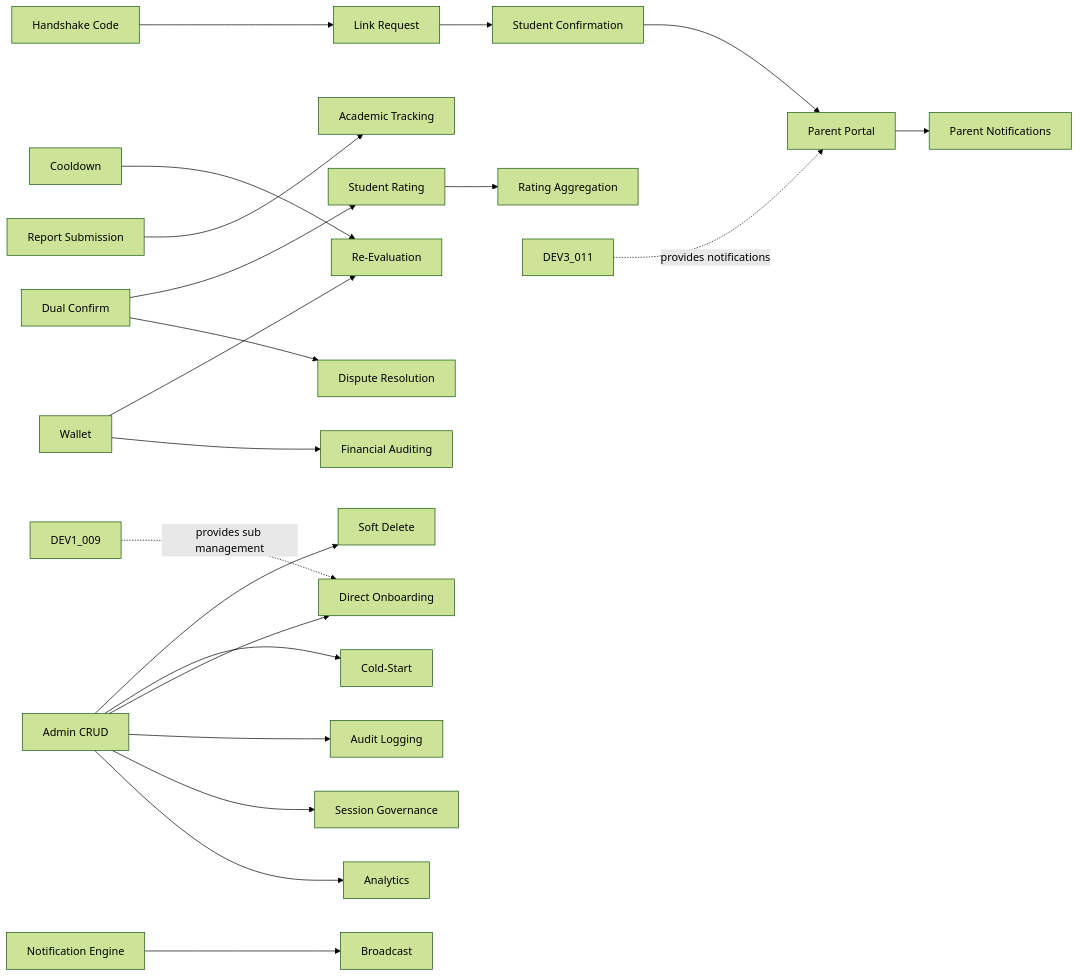
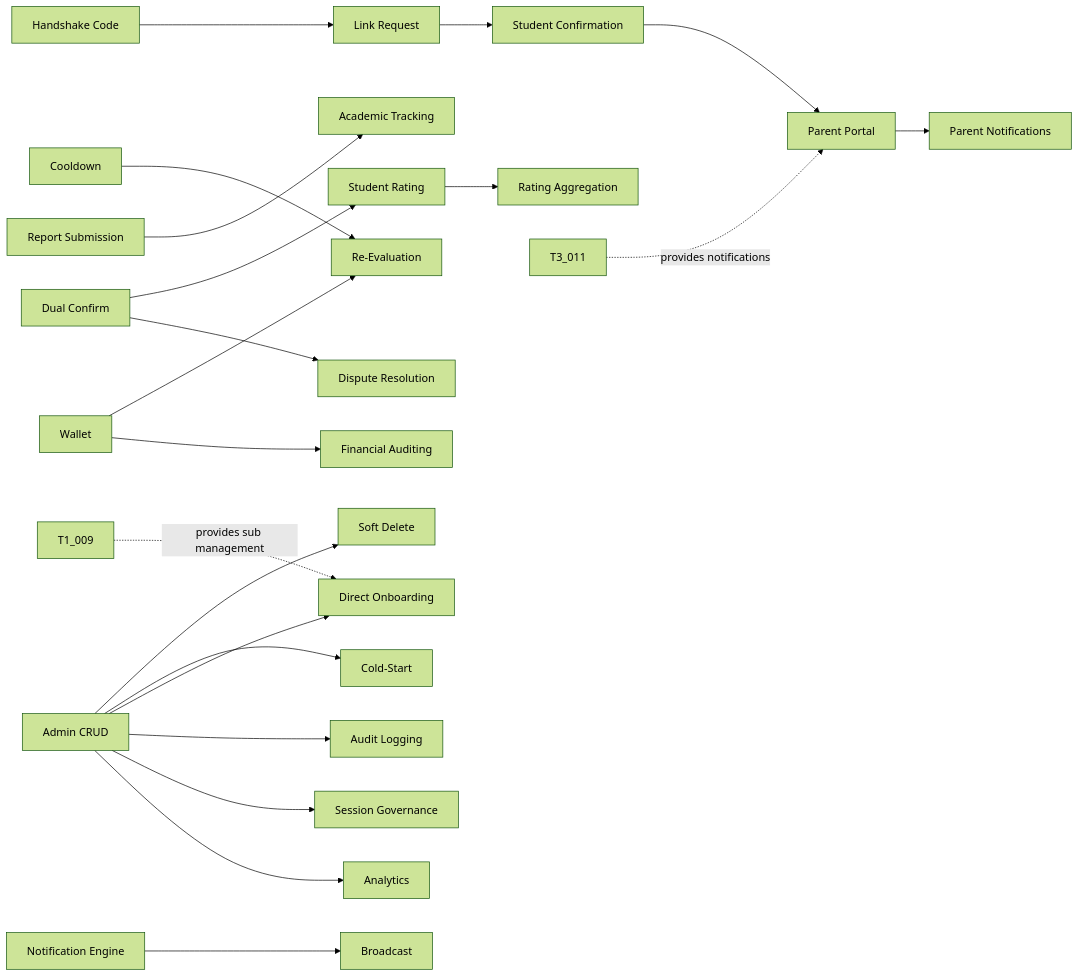
The fourth of 5 diagrams in docs/planning/SPRINT_PLAN.md (kottaby/kottaby), drawn with Mermaid (forest theme) before and after one commit. The commit also changed other lines of this file and 282 other files, not shown here.

````diff
--- a/docs/planning/SPRINT_PLAN.md
+++ b/docs/planning/SPRINT_PLAN.md
@@ -312,26 +312,26 @@
 ```mermaid
 graph LR
-    DEV1_013[Handshake Code] --> DEV1_014[Link Request]
-    DEV1_014 --> DEV1_015[Student Confirmation]
-    DEV1_015 --> DEV1_016[Parent Portal]
-    DEV1_016 --> DEV1_017[Parent Notifications]
+    T1_013[Handshake Code] --> T1_014[Link Request]
+    T1_014 --> T1_015[Student Confirmation]
+    T1_015 --> T1_016[Parent Portal]
+    T1_016 --> T1_017[Parent Notifications]
 
-    DEV3_012[Dual Confirm] --> DEV2_016[Student Rating]
-    DEV2_016 --> DEV2_017[Rating Aggregation]
-    DEV2_008[Cooldown] --> DEV2_018[Re-Evaluation]
-    DEV3_014[Wallet] --> DEV2_018
-    DEV2_014[Report Submission] --> DEV2_019[Academic Tracking]
+    T3_012[Dual Confirm] --> T2_016[Student Rating]
+    T2_016 --> T2_017[Rating Aggregation]
+    T2_008[Cooldown] --> T2_018[Re-Evaluation]
+    T3_014[Wallet] --> T2_018
+    T2_014[Report Submission] --> T2_019[Academic Tracking]
 
-    DEV3_016[Admin CRUD] --> DEV3_017[Soft Delete]
-    DEV3_016 --> DEV3_018[Cold-Start]
-    DEV3_016 --> DEV3_019[Direct Onboarding]
-    DEV3_016 --> DEV3_020[Audit Logging]
-    DEV3_016 --> DEV3_021[Session Governance]
-    DEV3_012 --> DEV3_022[Dispute Resolution]
-    DEV3_014 --> DEV3_022b[Financial Auditing]
-    DEV3_016 --> DEV3_022c[Analytics]
-    DEV3_010[Notification Engine] --> DEV3_022d[Broadcast]
+    T3_016[Admin CRUD] --> T3_017[Soft Delete]
+    T3_016 --> T3_018[Cold-Start]
+    T3_016 --> T3_019[Direct Onboarding]
+    T3_016 --> T3_020[Audit Logging]
+    T3_016 --> T3_021[Session Governance]
+    T3_012 --> T3_022[Dispute Resolution]
+    T3_014 --> T3_022b[Financial Auditing]
+    T3_016 --> T3_022c[Analytics]
+    T3_010[Notification Engine] --> T3_022d[Broadcast]
 
-    DEV1_009 -.->|provides sub management| DEV3_019
-    DEV3_011 -.->|provides notifications| DEV1_016
+    T1_009 -.->|provides sub management| T3_019
+    T3_011 -.->|provides notifications| T1_016
 ```
````
